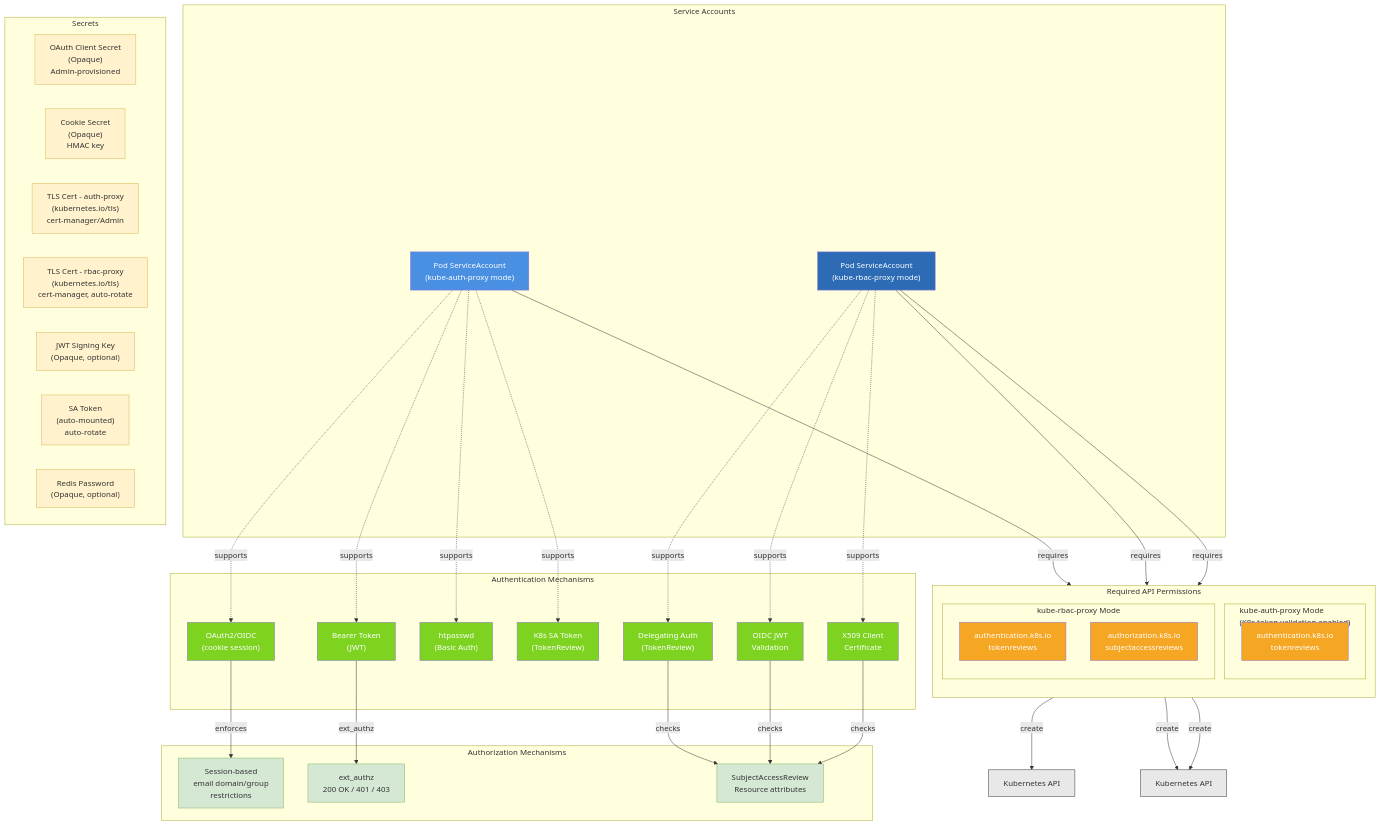
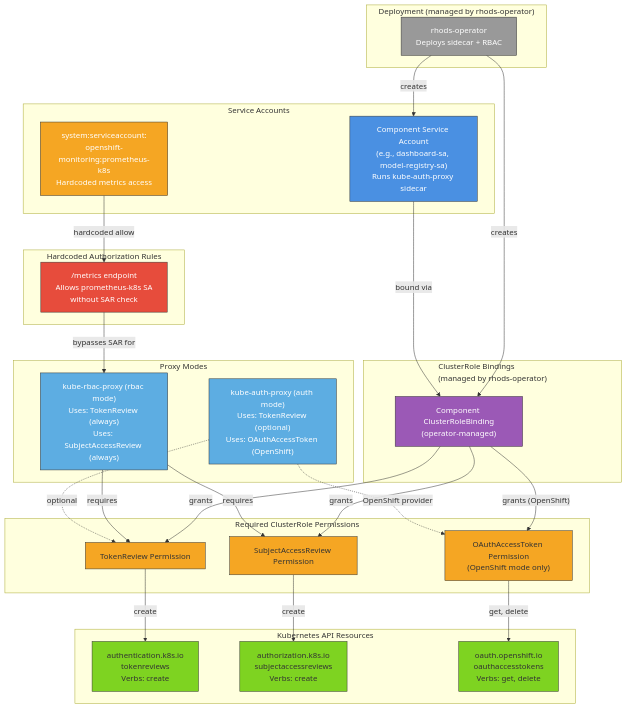
Before and after one commit to rhuss/architecture-context: the diagram in architecture/rhoai-3.4/diagrams/kube-auth-proxy-rbac.mmd, drawn with Mermaid. The commit also changed 1980 other files, not shown here.

First line of the commit message:
regenerate architecture for rhoai-2.25 and rhoai-3.4, make PNG export opt-in

```diff
--- a/architecture/rhoai-3.4/diagrams/kube-auth-proxy-rbac.mmd
+++ b/architecture/rhoai-3.4/diagrams/kube-auth-proxy-rbac.mmd
@@ -1,102 +1,74 @@
-%% RBAC Visualization for kube-auth-proxy
-%% Generated by: Claude Opus 4.6
-%% Source: architecture/rhoai-3.4/kube-auth-proxy.md
-
 graph TD
-    subgraph ServiceAccounts["Service Accounts"]
-        SA_Auth["Pod ServiceAccount<br/>(kube-auth-proxy mode)"]
-        SA_RBAC["Pod ServiceAccount<br/>(kube-rbac-proxy mode)"]
+    subgraph Deployment["Deployment (managed by rhods-operator)"]
+        RhodsOp["rhods-operator<br/>Deploys sidecar + RBAC"]
     end
 
-    subgraph RequiredPermissions["Required API Permissions"]
-        direction TB
-
-        subgraph AuthModePerms["kube-auth-proxy Mode<br/>(K8s token validation enabled)"]
-            TokenReview1["authentication.k8s.io<br/>tokenreviews"]
-        end
-
-        subgraph RBACModePerms["kube-rbac-proxy Mode"]
-            TokenReview2["authentication.k8s.io<br/>tokenreviews"]
-            SAR["authorization.k8s.io<br/>subjectaccessreviews"]
-        end
+    subgraph ServiceAccounts["Service Accounts"]
+        ComponentSA["Component Service Account<br/>(e.g., dashboard-sa, model-registry-sa)<br/>Runs kube-auth-proxy sidecar"]
+        PromSA["system:serviceaccount:<br/>openshift-monitoring:prometheus-k8s<br/>Hardcoded metrics access"]
     end
 
-    subgraph AuthMechanisms["Authentication Mechanisms"]
-        OAuth["OAuth2/OIDC<br/>(cookie session)"]
-        Bearer["Bearer Token<br/>(JWT)"]
-        Htpasswd["htpasswd<br/>(Basic Auth)"]
-        K8sSAToken["K8s SA Token<br/>(TokenReview)"]
-        Delegating["Delegating Auth<br/>(TokenReview)"]
-        OIDCAuth["OIDC JWT<br/>Validation"]
-        X509["X509 Client<br/>Certificate"]
+    subgraph ClusterRoleBindings["ClusterRole Bindings<br/>(managed by rhods-operator)"]
+        CRB1["Component ClusterRoleBinding<br/>(operator-managed)"]
     end
 
-    subgraph AuthzMechanisms["Authorization Mechanisms"]
-        SessionPolicy["Session-based<br/>email domain/group<br/>restrictions"]
-        ExtAuthz["ext_authz<br/>200 OK / 401 / 403"]
-        SARCheck["SubjectAccessReview<br/>Resource attributes"]
+    subgraph ClusterRoles["Required ClusterRole Permissions"]
+        CR_TokenReview["TokenReview Permission"]
+        CR_SAR["SubjectAccessReview Permission"]
+        CR_OAuth["OAuthAccessToken Permission<br/>(OpenShift mode only)"]
     end
 
-    subgraph Secrets["Secrets"]
-        OAuthSecret["OAuth Client Secret<br/>(Opaque)<br/>Admin-provisioned"]
-        CookieSecret["Cookie Secret<br/>(Opaque)<br/>HMAC key"]
-        TLSAuth["TLS Cert - auth-proxy<br/>(kubernetes.io/tls)<br/>cert-manager/Admin"]
-        TLSRBAC["TLS Cert - rbac-proxy<br/>(kubernetes.io/tls)<br/>cert-manager, auto-rotate"]
-        JWTKey["JWT Signing Key<br/>(Opaque, optional)"]
-        SAToken["SA Token<br/>(auto-mounted)<br/>auto-rotate"]
-        RedisPass["Redis Password<br/>(Opaque, optional)"]
+    subgraph APIResources["Kubernetes API Resources"]
+        TokenReviews["authentication.k8s.io<br/>tokenreviews<br/>Verbs: create"]
+        SubjectAccessReviews["authorization.k8s.io<br/>subjectaccessreviews<br/>Verbs: create"]
+        OAuthAccessTokens["oauth.openshift.io<br/>oauthaccesstokens<br/>Verbs: get, delete"]
     end
 
-    %% Auth mode connections
-    SA_Auth -->|"requires"| TokenReview1
-    TokenReview1 -->|"create"| K8sAPI1["Kubernetes API"]
+    subgraph HardcodedAuth["Hardcoded Authorization Rules"]
+        MetricsRule["/metrics endpoint<br/>Allows prometheus-k8s SA<br/>without SAR check"]
+    end
 
-    %% RBAC mode connections
-    SA_RBAC -->|"requires"| TokenReview2
-    SA_RBAC -->|"requires"| SAR
-    TokenReview2 -->|"create"| K8sAPI2["Kubernetes API"]
-    SAR -->|"create"| K8sAPI2
+    subgraph Modes["Proxy Modes"]
+        AuthMode["kube-auth-proxy (auth mode)<br/>Uses: TokenReview (optional)<br/>Uses: OAuthAccessToken (OpenShift)"]
+        RBACMode["kube-rbac-proxy (rbac mode)<br/>Uses: TokenReview (always)<br/>Uses: SubjectAccessReview (always)"]
+    end
 
-    %% Auth mode uses these mechanisms
-    SA_Auth -.->|"supports"| OAuth
-    SA_Auth -.->|"supports"| Bearer
-    SA_Auth -.->|"supports"| Htpasswd
-    SA_Auth -.->|"supports"| K8sSAToken
+    %% Deployment flow
+    RhodsOp -->|"creates"| CRB1
+    RhodsOp -->|"creates"| ComponentSA
 
-    %% RBAC mode uses these mechanisms
-    SA_RBAC -.->|"supports"| Delegating
-    SA_RBAC -.->|"supports"| OIDCAuth
-    SA_RBAC -.->|"supports"| X509
+    %% RBAC binding flow
+    ComponentSA -->|"bound via"| CRB1
+    CRB1 -->|"grants"| CR_TokenReview
+    CRB1 -->|"grants"| CR_SAR
+    CRB1 -->|"grants (OpenShift)"| CR_OAuth
 
-    %% Authorization
-    OAuth -->|"enforces"| SessionPolicy
-    Bearer -->|"ext_authz"| ExtAuthz
-    Delegating -->|"checks"| SARCheck
-    OIDCAuth -->|"checks"| SARCheck
-    X509 -->|"checks"| SARCheck
+    %% Permission to resource mapping
+    CR_TokenReview -->|"create"| TokenReviews
+    CR_SAR -->|"create"| SubjectAccessReviews
+    CR_OAuth -->|"get, delete"| OAuthAccessTokens
+
+    %% Mode usage
+    RBACMode -->|"requires"| CR_TokenReview
+    RBACMode -->|"requires"| CR_SAR
+    AuthMode -.->|"optional"| CR_TokenReview
+    AuthMode -.->|"OpenShift provider"| CR_OAuth
+
+    %% Hardcoded auth
+    PromSA -->|"hardcoded allow"| MetricsRule
+    MetricsRule -->|"bypasses SAR for"| RBACMode
 
     %% Styling
-    style SA_Auth fill:#4a90e2,color:#fff
-    style SA_RBAC fill:#2d6cb4,color:#fff
-    style TokenReview1 fill:#f5a623,color:#fff
-    style TokenReview2 fill:#f5a623,color:#fff
-    style SAR fill:#f5a623,color:#fff
-    style K8sAPI1 fill:#e8e8e8,stroke:#333
-    style K8sAPI2 fill:#e8e8e8,stroke:#333
-    style OAuth fill:#7ed321,color:#fff
-    style Bearer fill:#7ed321,color:#fff
-    style Htpasswd fill:#7ed321,color:#fff
-    style K8sSAToken fill:#7ed321,color:#fff
-    style Delegating fill:#7ed321,color:#fff
-    style OIDCAuth fill:#7ed321,color:#fff
-    style X509 fill:#7ed321,color:#fff
-    style SessionPolicy fill:#d5e8d4,stroke:#82b366
-    style ExtAuthz fill:#d5e8d4,stroke:#82b366
-    style SARCheck fill:#d5e8d4,stroke:#82b366
-    style OAuthSecret fill:#fff2cc,stroke:#d6b656
-    style CookieSecret fill:#fff2cc,stroke:#d6b656
-    style TLSAuth fill:#fff2cc,stroke:#d6b656
-    style TLSRBAC fill:#fff2cc,stroke:#d6b656
-    style JWTKey fill:#fff2cc,stroke:#d6b656
-    style SAToken fill:#fff2cc,stroke:#d6b656
-    style RedisPass fill:#fff2cc,stroke:#d6b656
+    style ComponentSA fill:#4a90e2,stroke:#333,color:#fff
+    style PromSA fill:#f5a623,stroke:#333,color:#fff
+    style CRB1 fill:#9b59b6,stroke:#333,color:#fff
+    style CR_TokenReview fill:#f5a623,stroke:#333
+    style CR_SAR fill:#f5a623,stroke:#333
+    style CR_OAuth fill:#f5a623,stroke:#333
+    style TokenReviews fill:#7ed321,stroke:#333
+    style SubjectAccessReviews fill:#7ed321,stroke:#333
+    style OAuthAccessTokens fill:#7ed321,stroke:#333
+    style MetricsRule fill:#e74c3c,stroke:#333,color:#fff
+    style RhodsOp fill:#999,stroke:#333,color:#fff
+    style AuthMode fill:#5dade2,stroke:#333,color:#fff
+    style RBACMode fill:#5dade2,stroke:#333,color:#fff
```
